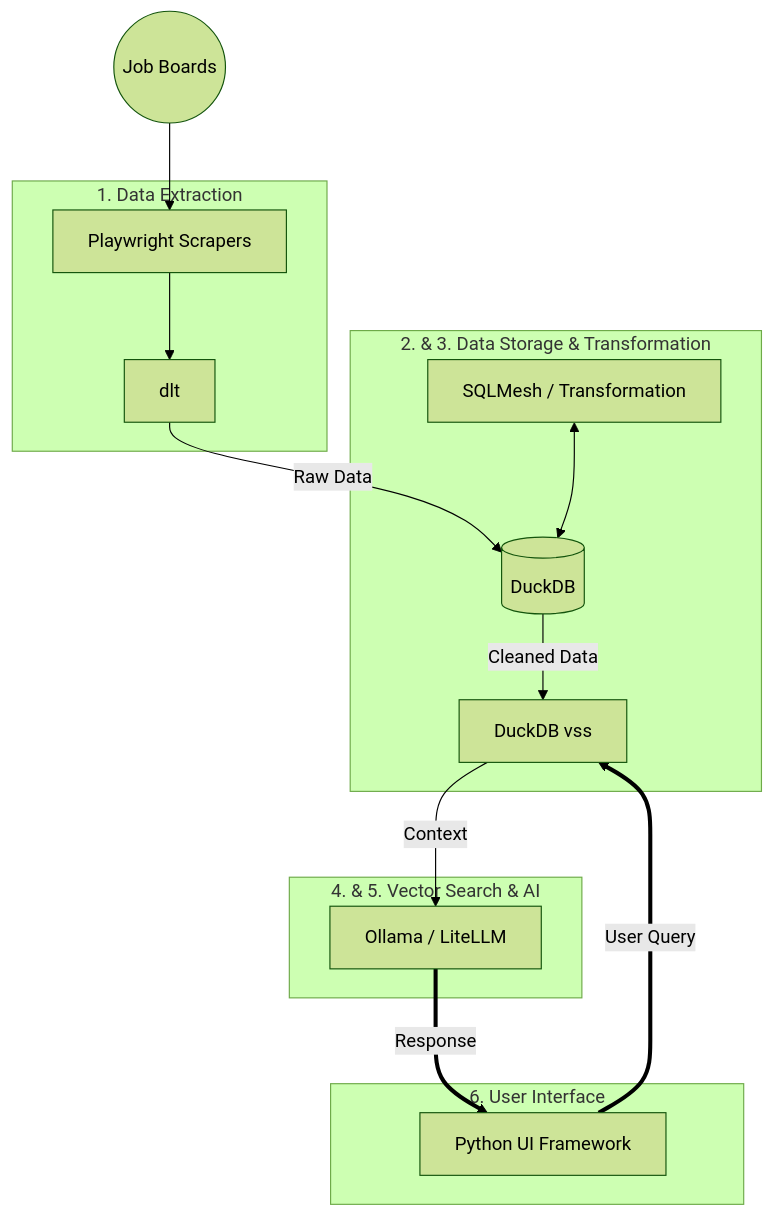
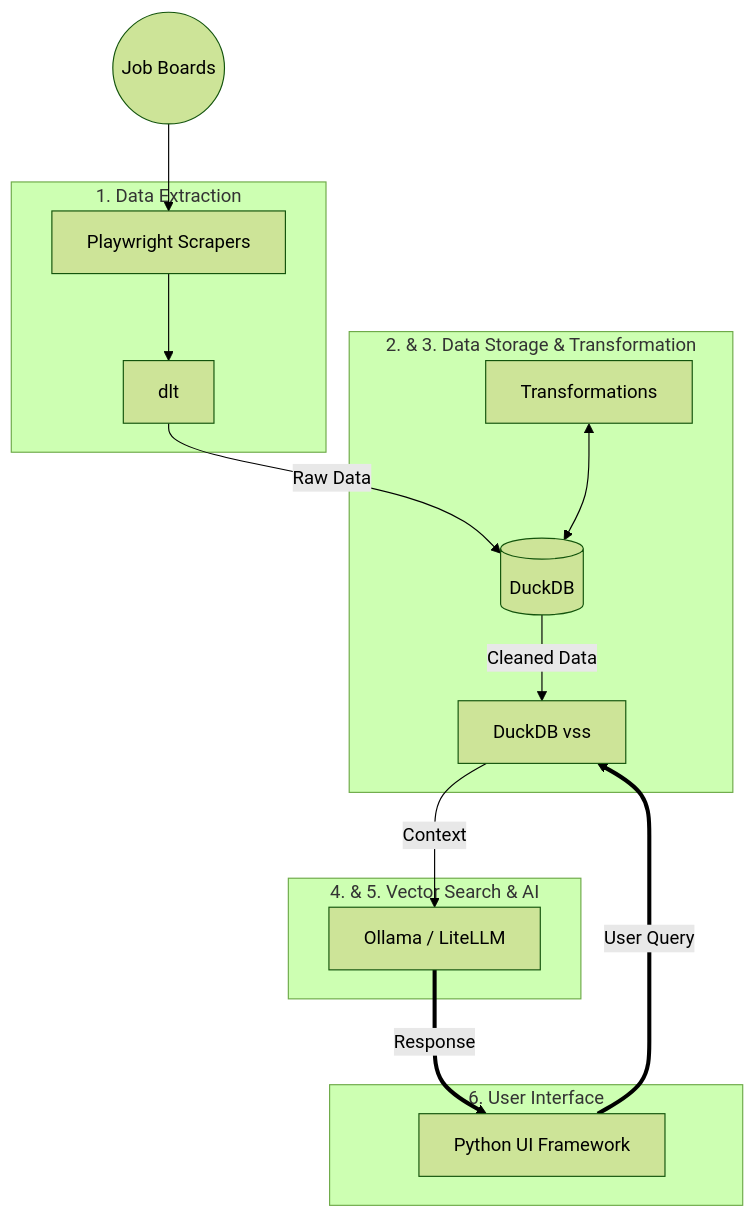
The first of 2 diagrams in docs/architecture.md (VanegasDataSystems/career-intelligence), drawn with Mermaid (forest theme) before and after one commit. The commit also changed other lines of this file and 1 other file, not shown here.

Commit message:
tweak to architecture.md

````diff
--- a/docs/architecture.md
+++ b/docs/architecture.md
@@ -19,26 +19,26 @@
 ```mermaid
 graph TD
     subgraph Extraction ["1. Data Extraction"]
         PW[Playwright Scrapers] --> DLT[dlt]
     end
 
     subgraph Storage ["2. & 3. Data Storage & Transformation"]
         DLT --> |Raw Data| DDB[(DuckDB)]
-        SM[SQLMesh / Transformation] <--> DDB
+        SM[Transformations] <--> DDB
         DDB --> |Cleaned Data| VSS[DuckDB vss]
     end
 
     subgraph AI ["4. & 5. Vector Search & AI"]
         VSS --> |Context| LLM[Ollama / LiteLLM]
     end
 
     subgraph UI_Group ["6. User Interface"]
         UI[Python UI Framework]
     end
 
     %% External & Cross-Component Connections
     JobBoards((Job Boards)) --> PW
     UI ==> |User Query| VSS
     LLM ==> |Response| UI
 
 ```
````
